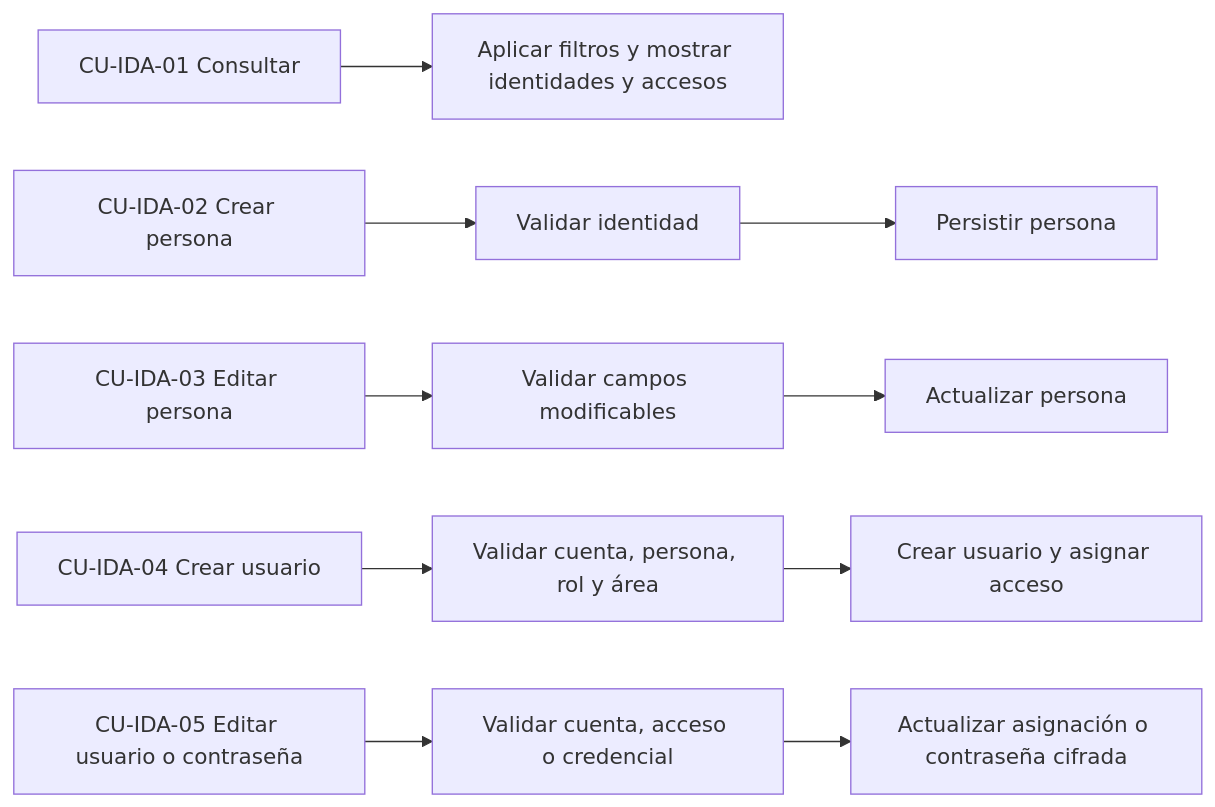
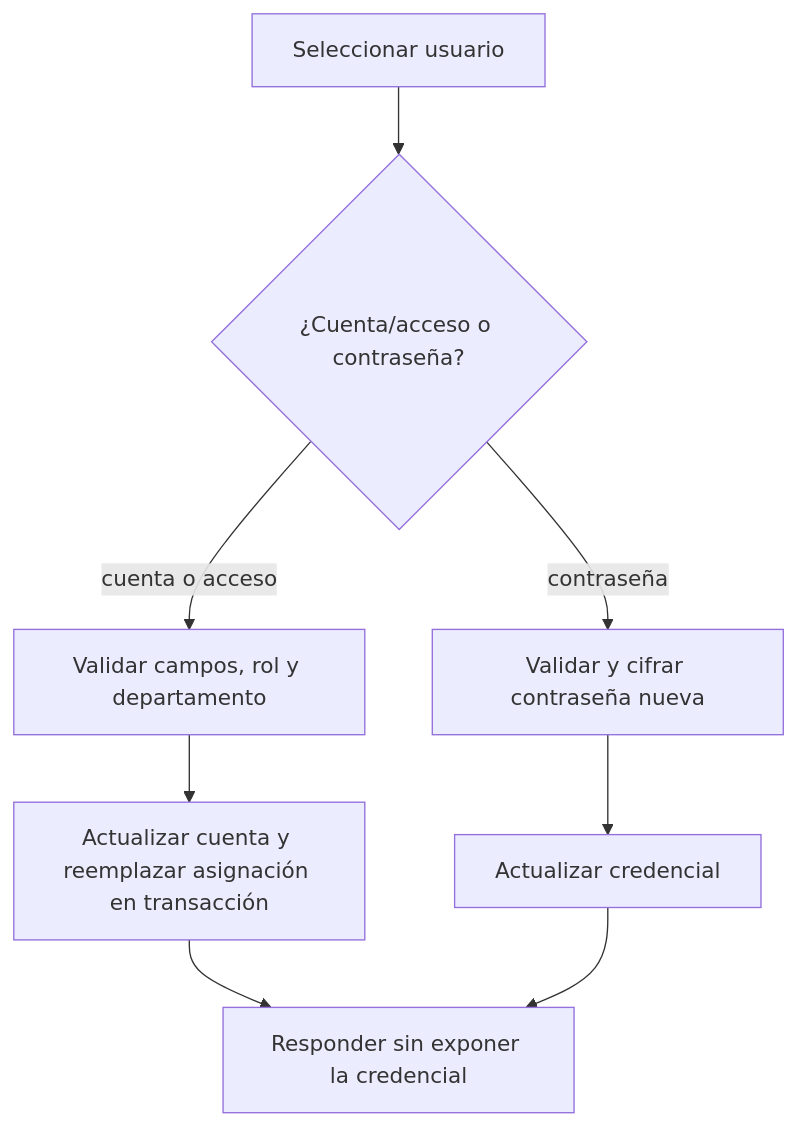
Before and after one commit to gpgsistemas01/nexus: the seventh of 32 diagrams in docs/requirements/requirements-diagrams.md, drawn with Mermaid. The commit also changed other lines of this file, not shown here.

Commit message:
docs: diagramar individualmente cada caso de uso

````diff
--- a/docs/requirements/requirements-diagrams.md
+++ b/docs/requirements/requirements-diagrams.md
@@ -110,8 +147,10 @@
 ```mermaid
-flowchart LR
-    iam01["CU-IDA-01 Consultar"] --> iam01q["Aplicar filtros y mostrar identidades y accesos"]
-    iam02["CU-IDA-02 Crear persona"] --> iam02v["Validar identidad"] --> iam02p["Persistir persona"]
-    iam03["CU-IDA-03 Editar persona"] --> iam03v["Validar campos modificables"] --> iam03p["Actualizar persona"]
-    iam04["CU-IDA-04 Crear usuario"] --> iam04v["Validar cuenta, persona, rol y área"] --> iam04p["Crear usuario y asignar acceso"]
-    iam05["CU-IDA-05 Editar usuario o contraseña"] --> iam05v["Validar cuenta, acceso o credencial"] --> iam05p["Actualizar asignación o contraseña cifrada"]
+flowchart TB
+    iam05Select["Seleccionar usuario"] --> iam05Action{"¿Cuenta/acceso o contraseña?"}
+    iam05Action -->|cuenta o acceso| iam05Access["Validar campos, rol y departamento"]
+    iam05Access --> iam05Persist["Actualizar cuenta y reemplazar asignación en transacción"]
+    iam05Action -->|contraseña| iam05Password["Validar y cifrar contraseña nueva"]
+    iam05Password --> iam05Credential["Actualizar credencial"]
+    iam05Persist --> iam05Result["Responder sin exponer la credencial"]
+    iam05Credential --> iam05Result
 ```
````
